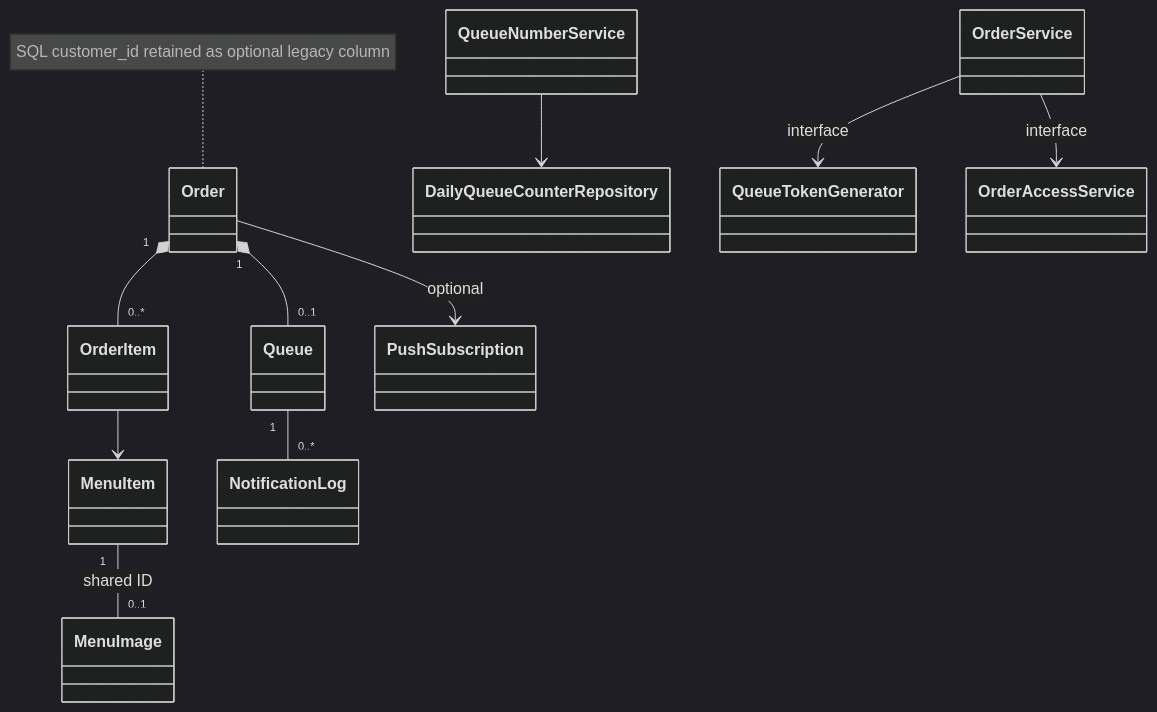
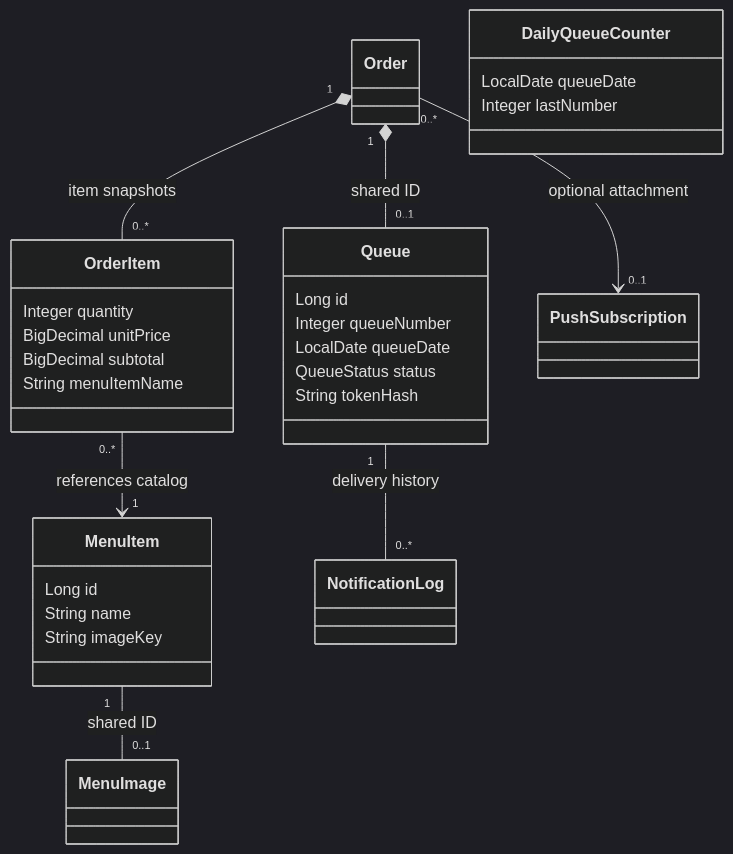
One commit to kaokao31/food-queue-notifier changed the diagram in doc/diagrams/domain.md. Above: the diagram before and after it, drawn with Mermaid (dark theme). The commit also changed other lines of this file and 9 other files, not shown here.

Commit message:
docs: update handover, migrations and architecture diagrams

````diff
--- a/doc/diagrams/domain.md
+++ b/doc/diagrams/domain.md
@@ -3,13 +5,31 @@
 ```mermaid
 classDiagram
- Order "1" *-- "0..*" OrderItem
- Order "1" *-- "0..1" Queue
- OrderItem --> MenuItem
- note for Order "SQL customer_id retained as optional legacy column"
- Order --> PushSubscription : optional
- MenuItem "1" -- "0..1" MenuImage : shared ID
- Queue "1" -- "0..*" NotificationLog
- QueueNumberService --> DailyQueueCounterRepository
- OrderService --> QueueTokenGenerator : interface
- OrderService --> OrderAccessService : interface
+  Order "1" *-- "0..*" OrderItem : item snapshots
+  Order "1" *-- "0..1" Queue : shared ID
+  OrderItem "0..*" --> "1" MenuItem : references catalog
+  Order "0..*" --> "0..1" PushSubscription : optional attachment
+  MenuItem "1" -- "0..1" MenuImage : shared ID
+  Queue "1" -- "0..*" NotificationLog : delivery history
+  class DailyQueueCounter {
+    LocalDate queueDate
+    Integer lastNumber
+  }
+  class Queue {
+    Long id
+    Integer queueNumber
+    LocalDate queueDate
+    QueueStatus status
+    String tokenHash
+  }
+  class MenuItem {
+    Long id
+    String name
+    String imageKey
+  }
+  class OrderItem {
+    Integer quantity
+    BigDecimal unitPrice
+    BigDecimal subtotal
+    String menuItemName
+  }
 ```
````
